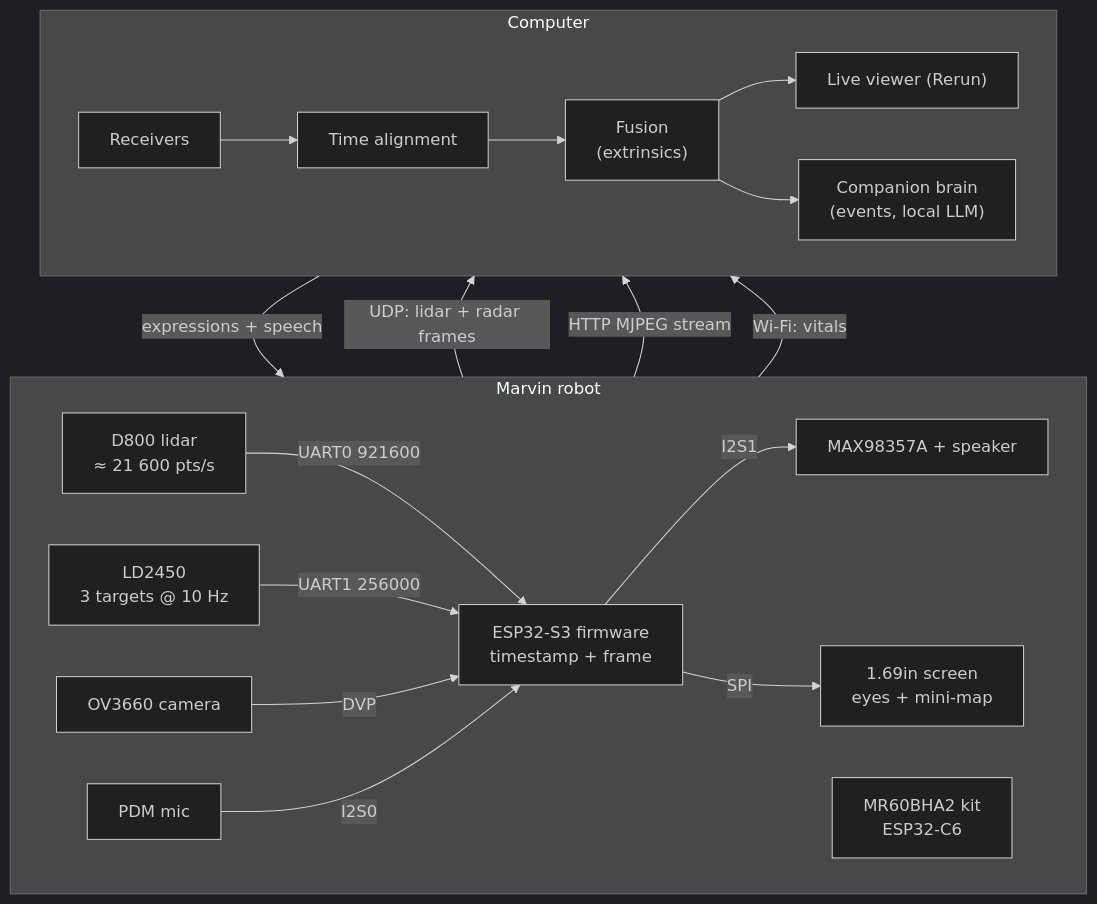
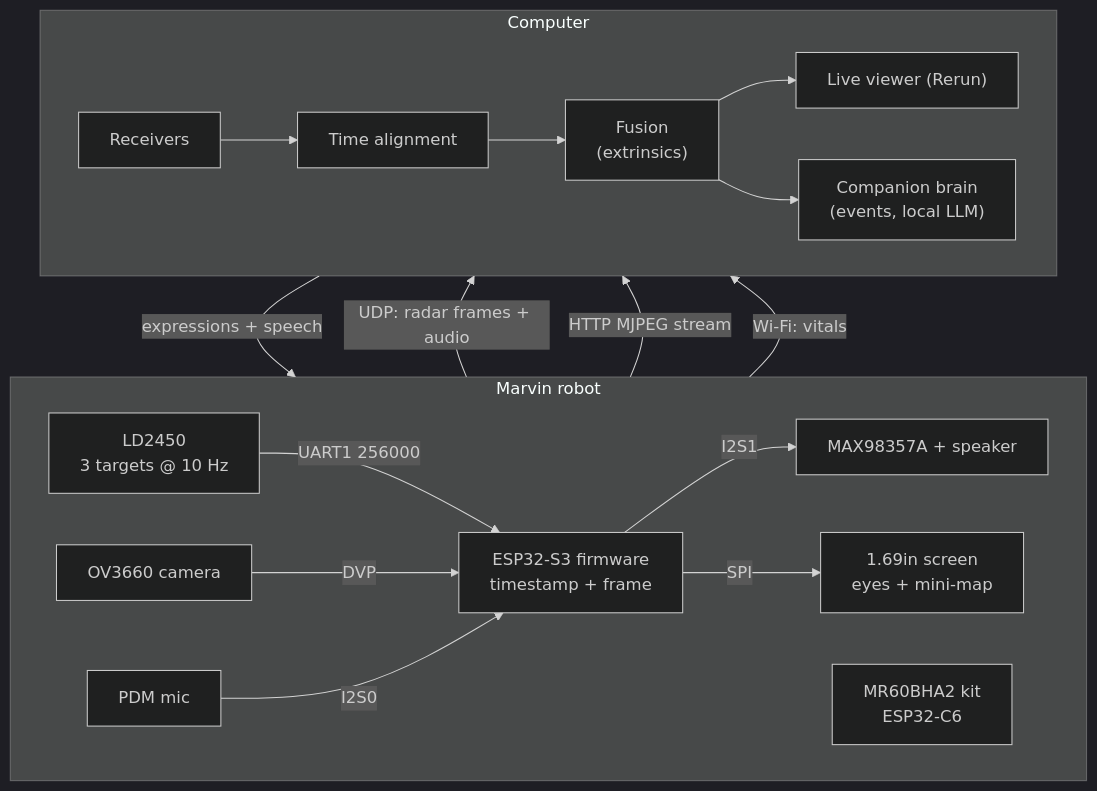
Before and after one commit to SebastienTr/Marvin: the diagram in docs/architecture.md, drawn with Mermaid (dark theme). The commit also changed other lines of this file and 13 other files, not shown here.

````diff
--- a/docs/architecture.md
+++ b/docs/architecture.md
@@ -7,23 +7,22 @@
 ```mermaid
 flowchart TB
   subgraph Device["Marvin robot"]
     direction LR
-    LID["D800 lidar<br/>≈ 21 600 pts/s"] -->|UART0 921600| FW
     LD2450["LD2450<br/>3 targets @ 10 Hz"] -->|UART1 256000| FW
     CAM["OV3660 camera"] -->|DVP| FW
     MIC["PDM mic"] -->|I2S0| FW
     FW -->|"I2S1"| SPK["MAX98357A + speaker"]
     FW["ESP32-S3 firmware<br/>timestamp + frame"]
     FW -->|"SPI"| LCD["1.69in screen<br/>eyes + mini-map"]
     MR60["MR60BHA2 kit<br/>ESP32-C6"]
   end
-  FW -->|"UDP: lidar + radar frames"| HOST
+  FW -->|"UDP: radar frames + audio"| HOST
   FW -->|"HTTP MJPEG stream"| HOST
   HOST -->|"expressions + speech"| FW
   MR60 -->|"Wi-Fi: vitals"| HOST
   subgraph HOST["Computer"]
     direction LR
     RX["Receivers"] --> SYNC["Time alignment"] --> FUSE["Fusion<br/>(extrinsics)"] --> VIEW["Live viewer (Rerun)"]
     FUSE --> BRAIN["Companion brain<br/>(events, local LLM)"]
   end
 ```
````
